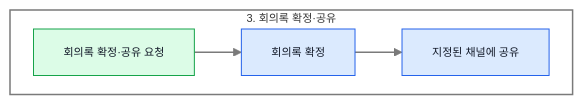
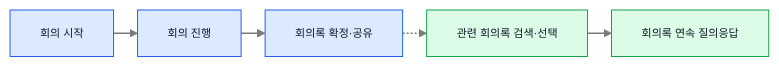
Before and after one commit to ericyum/Obsidian: the first of 8 diagrams in ZENAI/에이전트 설계/회의록 에이전트 설계/1. 회의록 에이전트 워크플로우 graph 정의.md, drawn with Mermaid. The commit also changed other lines of this file and 7 other files, not shown here.

````diff
--- a/ZENAI/에이전트 설계/회의록 에이전트 설계/1. 회의록 에이전트 워크플로우 graph 정의.md
+++ b/ZENAI/에이전트 설계/회의록 에이전트 설계/1. 회의록 에이전트 워크플로우 graph 정의.md
@@ -72,16 +11,13 @@
 ```mermaid
-%%{init: {"flowchart": {"useMaxWidth": true, "nodeSpacing": 18, "rankSpacing": 22, "curve": "linear"}, "themeVariables": {"fontSize": "11px"}}}%%
-flowchart TB
-    subgraph P3["3. 회의록 확정·공유"]
-        A["회의록 확정·공유 요청"]
-        B["회의록 확정"]
-        C["지정된 채널에 공유"]
-        A --> B --> C
-    end
-    classDef user fill:#dcfce7,stroke:#16a34a,color:#111827;
-    classDef service fill:#dbeafe,stroke:#2563eb,color:#111827;
-    class A user;
-    class B,C service;
-    style P3 fill:transparent,stroke:#7a7a7a,stroke-width:1.5px;
+%%{init: {"flowchart": {"useMaxWidth": true, "nodeSpacing": 20, "rankSpacing": 24, "curve": "linear"}, "themeVariables": {"fontSize": "11px"}}}%%
+flowchart LR
+    A["회의 시작"] --> B["회의 진행"]
+    B --> C["회의록 확정·공유"]
+    C -.-> D["관련 회의록 검색·선택"]
+    D --> E["회의록 연속 질의응답"]
+    classDef creation fill:#dbeafe,stroke:#2563eb,color:#111827;
+    classDef usage fill:#dcfce7,stroke:#16a34a,color:#111827;
+    class A,B,C creation;
+    class D,E usage;
     linkStyle default stroke:#7a7a7a,stroke-width:1.5px;
 ```
````
